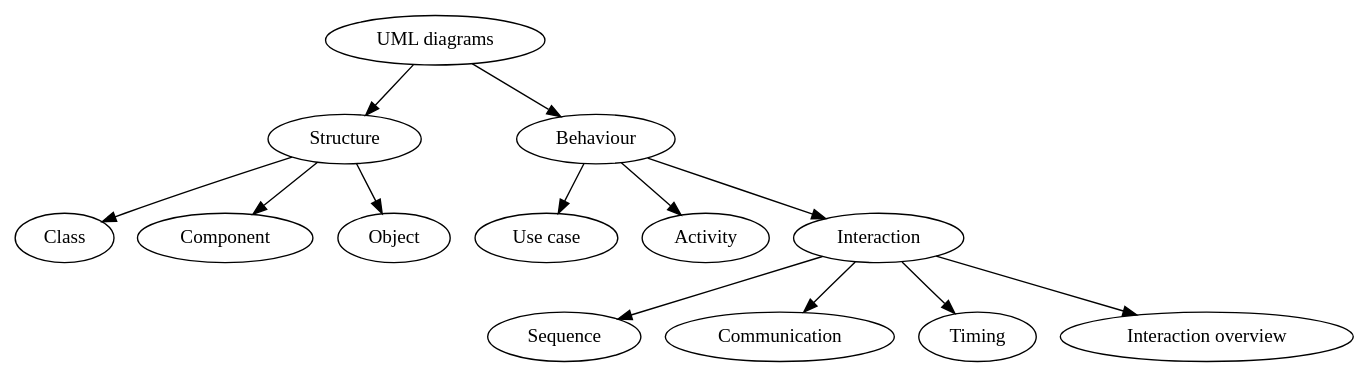
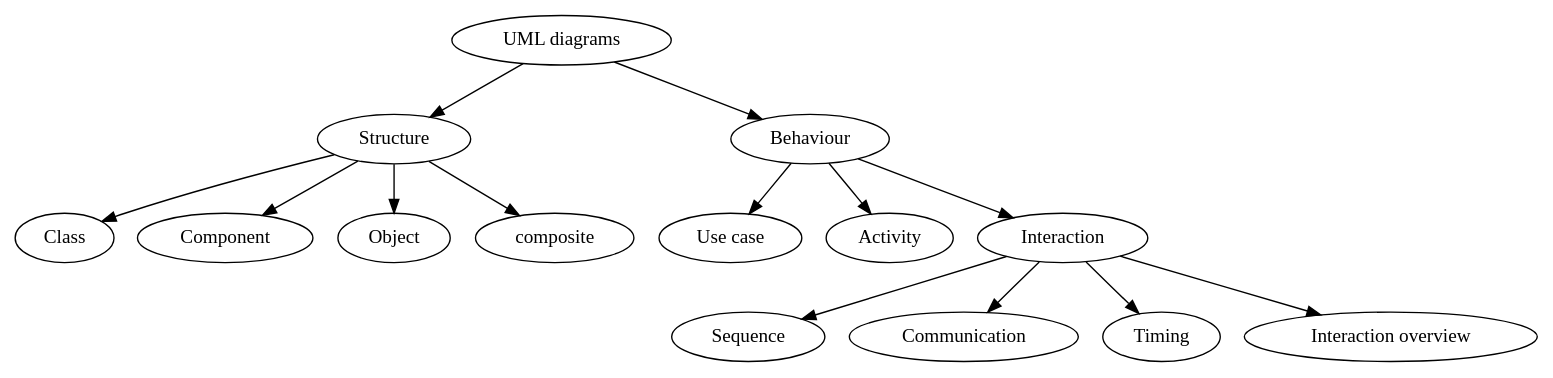
One commit to UPPMAX/programming_formalisms_intro changed the first of 5 diagrams in doc/flowcharts.md. Above: the diagram before and after it, drawn with Graphviz. The commit also changed other lines of this file, not shown here.

````diff
--- a/doc/flowcharts.md
+++ b/doc/flowcharts.md
@@ -69,11 +79,11 @@
 ```{graphviz}
 digraph{
 "UML diagrams"
 Structure, Behaviour
 "UML diagrams" -> Structure
 "UML diagrams" -> Behaviour
-Structure -> Class, Component,	Object
+Structure -> Class, Component, Object, composite
 Behaviour -> "Use case", Activity, Interaction
 Interaction -> Sequence, Communication, Timing, "Interaction overview"
 }
 ```
````
